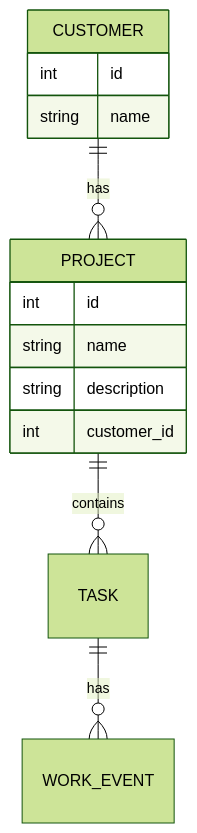
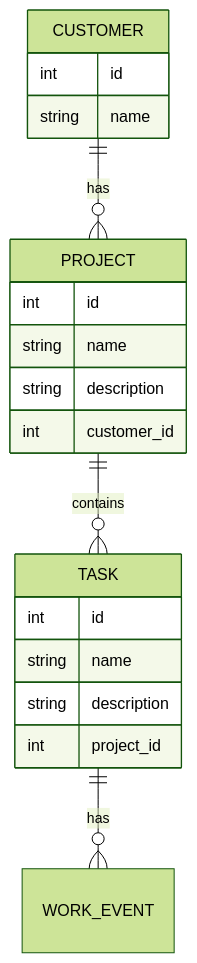
Before and after one commit to joukojo/go-what-did-i-do: the diagram in README.md, drawn with Mermaid (forest theme). The commit also changed other lines of this file and 10 other files, not shown here.

````diff
--- a/README.md
+++ b/README.md
@@ -9,18 +9,24 @@
 ```mermaid
 erDiagram
     CUSTOMER ||--o{ PROJECT : has
     PROJECT ||--o{ TASK : contains
     TASK ||--o{ WORK_EVENT : has
 
     CUSTOMER {
         int id
         string name
     }
     PROJECT {
         int id
         string name
         string description
         int customer_id
     }
+    TASK {
+        int id
+        string name
+        string description
+        int project_id
+    }
 
 ```
````
